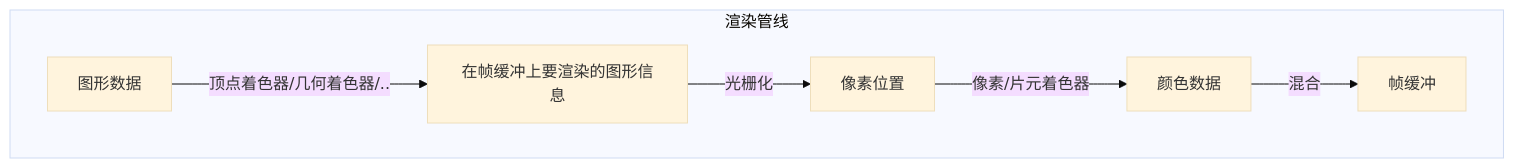
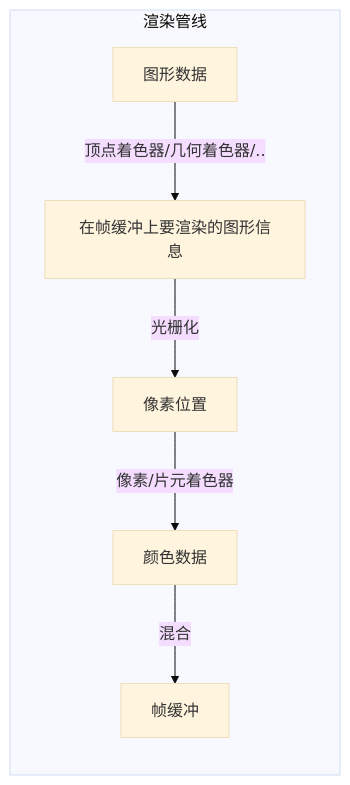
One commit to switefaster/wgpu-tutor changed the fifth of 5 diagrams in src/wgpu/infra/graphics.md. Above: the diagram before and after it, drawn with Mermaid (base theme). The commit also changed other lines of this file and 11 other files, not shown here.

````diff
--- a/src/wgpu/infra/graphics.md
+++ b/src/wgpu/infra/graphics.md
@@ -128,6 +130,7 @@
 ```mermaid
-graph TB
+flowchart TB
 subgraph  渲染管线
+direction TB
 图形数据 -- 顶点着色器/几何着色器/.. --> 在帧缓冲上要渲染的图形信息 -- 光栅化 --> 像素位置 -- 像素/片元着色器 --> 颜色数据 -- 混合 --> 帧缓冲
 end
 ```
````
